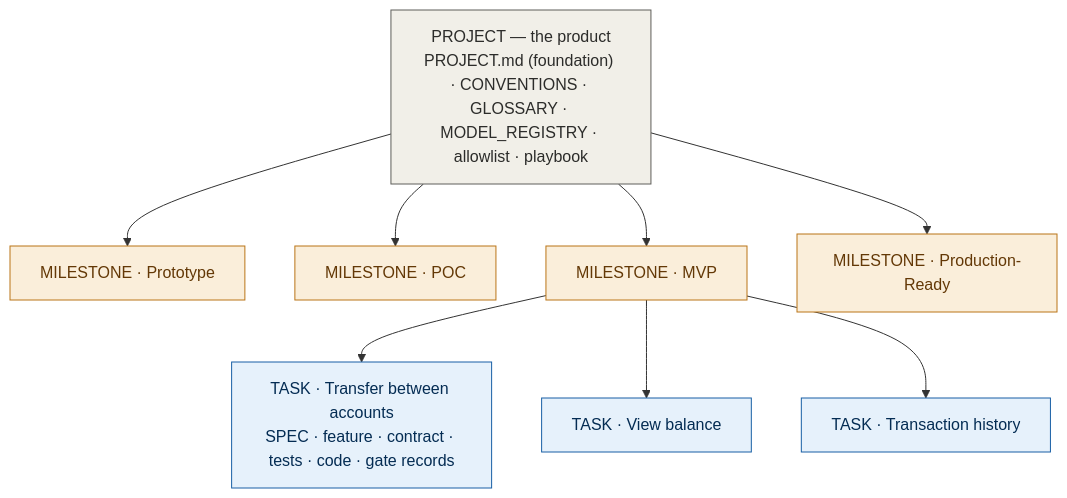
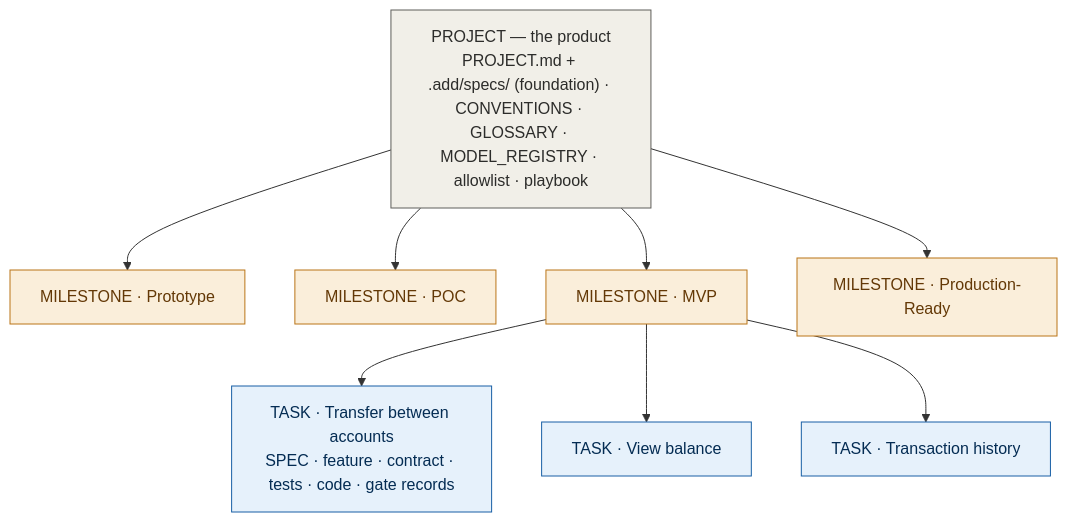
One commit to pilotspace/ADD changed the diagram in appendix-f-requirements-matrix.md. Above: the diagram before and after it, drawn with Mermaid. The commit also changed other lines of this file and 21 other files, not shown here.

````diff
--- a/appendix-f-requirements-matrix.md
+++ b/appendix-f-requirements-matrix.md
@@ -21,15 +21,15 @@
 ```mermaid
 flowchart TD
-  P["PROJECT — the product<br/>PROJECT.md (foundation) · CONVENTIONS · GLOSSARY · MODEL_REGISTRY · allowlist · playbook"]
+  P["PROJECT — the product<br/>PROJECT.md + .add/specs/ (foundation) · CONVENTIONS · GLOSSARY · MODEL_REGISTRY · allowlist · playbook"]
   P --> M1["MILESTONE · Prototype"]
   P --> M2["MILESTONE · POC"]
   P --> M3["MILESTONE · MVP"]
   P --> M4["MILESTONE · Production-Ready"]
   M3 --> T1["TASK · Transfer between accounts<br/>SPEC · feature · contract · tests · code · gate records"]
   M3 --> T2["TASK · View balance"]
   M3 --> T3["TASK · Transaction history"]
   classDef p fill:#F1EFE8,stroke:#5F5E5A,color:#2C2C2A;
   classDef m fill:#FAEEDA,stroke:#BA7517,color:#633806;
   classDef t fill:#E6F1FB,stroke:#185FA5,color:#042C53;
   class P p; class M1,M2,M3,M4 m; class T1,T2,T3 t;
 ```
````
